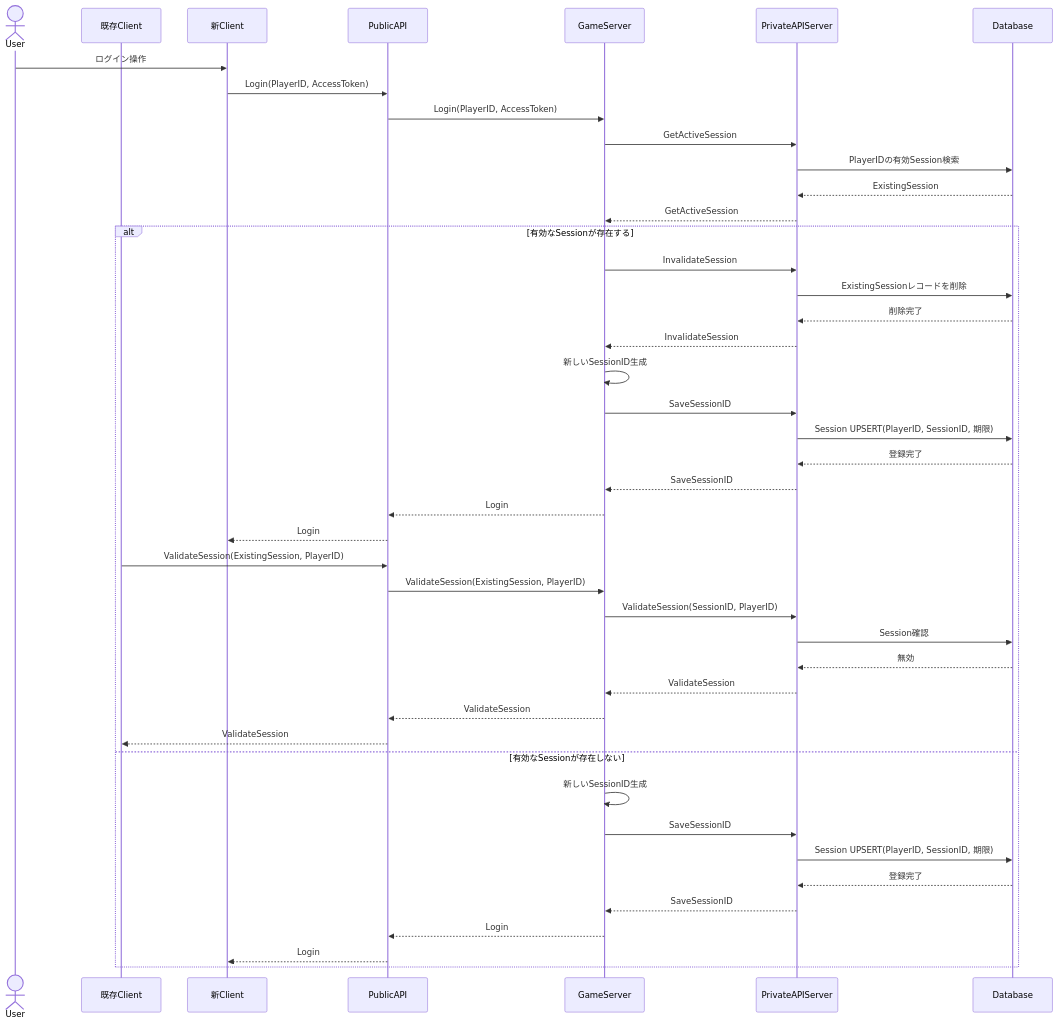
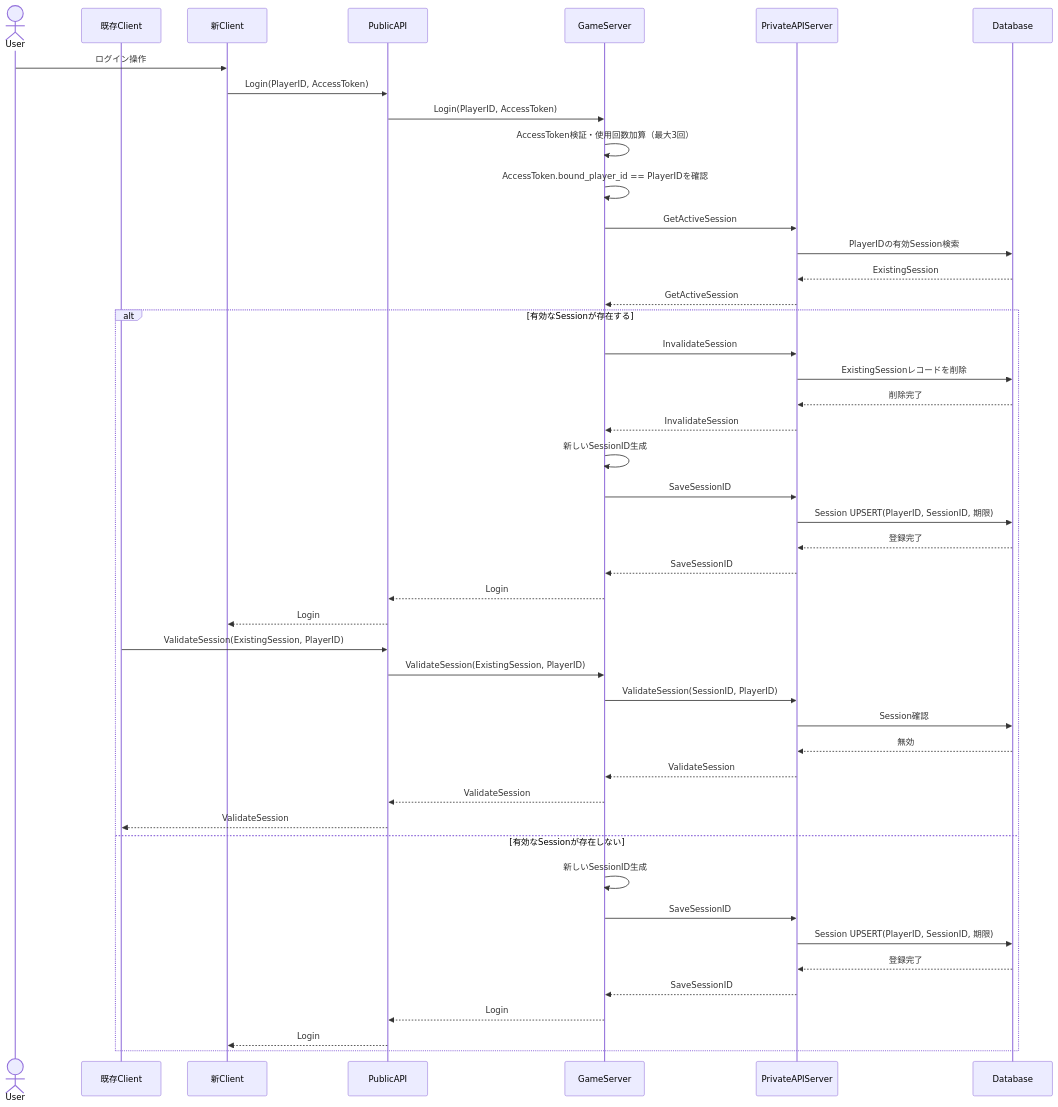
One commit to ReHydrangeaOdyssey/Specifications changed the second of 2 diagrams in design/session.md. Above: the diagram before and after it, drawn with Mermaid. The commit also changed other lines of this file and 15 other files, not shown here.

````diff
--- a/design/session.md
+++ b/design/session.md
@@ -95,53 +103,55 @@
 ```mermaid
 sequenceDiagram
     actor User
     participant ClientA as 既存Client
     participant ClientB as 新Client
     participant PublicAPI
     participant GameServer
     participant PrivateAPIServer
     participant Database
 
     User->>ClientB: ログイン操作
     ClientB->>PublicAPI: Login(PlayerID, AccessToken)
     PublicAPI->>GameServer: Login(PlayerID, AccessToken)
+    GameServer->>GameServer: AccessToken検証・使用回数加算（最大3回）
+    GameServer->>GameServer: AccessToken.bound_player_id == PlayerIDを確認
 
     GameServer->>PrivateAPIServer: GetActiveSession
     PrivateAPIServer->>Database: PlayerIDの有効Session検索
     Database-->>PrivateAPIServer: ExistingSession
     PrivateAPIServer-->>GameServer: GetActiveSession
 
     alt 有効なSessionが存在する
         GameServer->>PrivateAPIServer: InvalidateSession
         PrivateAPIServer->>Database: ExistingSessionレコードを削除
         Database-->>PrivateAPIServer: 削除完了
         PrivateAPIServer-->>GameServer: InvalidateSession
 
         GameServer->>GameServer: 新しいSessionID生成
         GameServer->>PrivateAPIServer: SaveSessionID
         PrivateAPIServer->>Database: Session UPSERT(PlayerID, SessionID, 期限)
         Database-->>PrivateAPIServer: 登録完了
         PrivateAPIServer-->>GameServer: SaveSessionID
 
         GameServer-->>PublicAPI: Login
         PublicAPI-->>ClientB: Login
 
         ClientA->>PublicAPI: ValidateSession(ExistingSession, PlayerID)
         PublicAPI->>GameServer: ValidateSession(ExistingSession, PlayerID)
         GameServer->>PrivateAPIServer: ValidateSession(SessionID, PlayerID)
         PrivateAPIServer->>Database: Session確認
         Database-->>PrivateAPIServer: 無効
         PrivateAPIServer-->>GameServer: ValidateSession
         GameServer-->>PublicAPI: ValidateSession
         PublicAPI-->>ClientA: ValidateSession
     else 有効なSessionが存在しない
         GameServer->>GameServer: 新しいSessionID生成
         GameServer->>PrivateAPIServer: SaveSessionID
         PrivateAPIServer->>Database: Session UPSERT(PlayerID, SessionID, 期限)
         Database-->>PrivateAPIServer: 登録完了
         PrivateAPIServer-->>GameServer: SaveSessionID
 
         GameServer-->>PublicAPI: Login
         PublicAPI-->>ClientB: Login
     end
 ```
````
